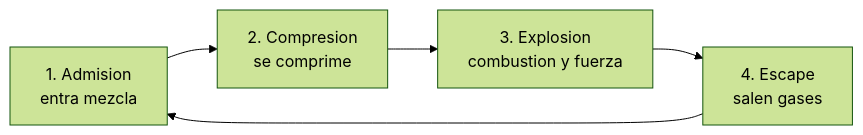
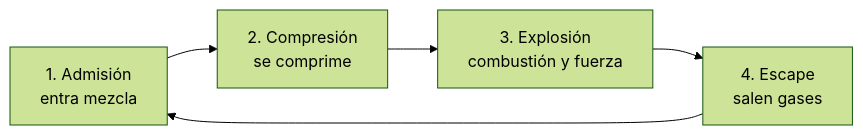
Before and after one commit to vladimiracunadev-create/machine-operator-program: the second of 4 diagrams in vehiculos/motos/operacion/sistemas-mecanicos-moto.md, drawn with Mermaid (forest theme). The commit also changed other lines of this file and 442 other files, not shown here.

````diff
--- a/vehiculos/motos/operacion/sistemas-mecanicos-moto.md
+++ b/vehiculos/motos/operacion/sistemas-mecanicos-moto.md
@@ -37,7 +37,7 @@
 ```mermaid
 flowchart LR
-    A[1. Admision<br/>entra mezcla] --> B[2. Compresion<br/>se comprime]
-    B --> C[3. Explosion<br/>combustion y fuerza]
+    A[1. Admisión<br/>entra mezcla] --> B[2. Compresión<br/>se comprime]
+    B --> C[3. Explosión<br/>combustión y fuerza]
     C --> D[4. Escape<br/>salen gases]
     D --> A
 ```
````
